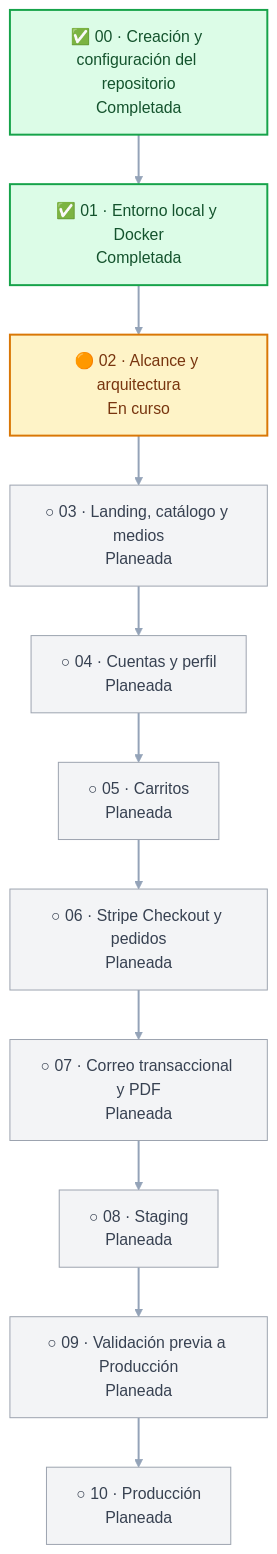
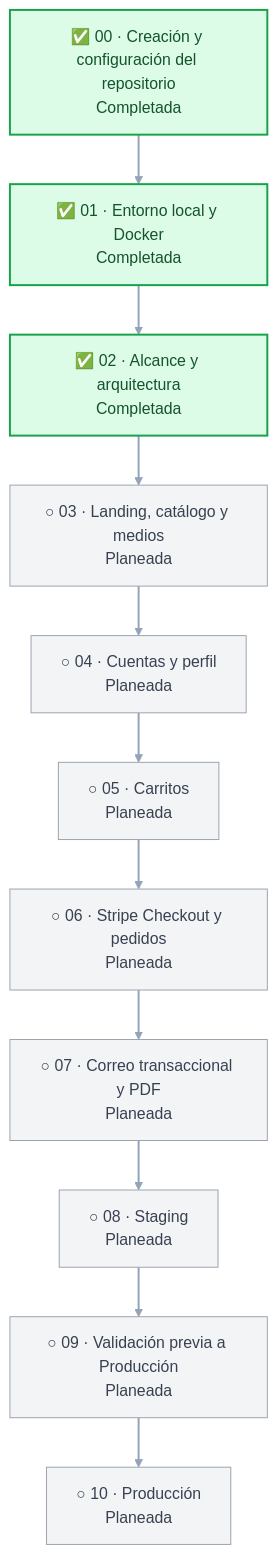
One commit to sadamlg/sr_del_mictlan changed the diagram in docs/ROADMAP.md. Above: the diagram before and after it, drawn with Mermaid. The commit also changed other lines of this file and 3 other files, not shown here.

Commit message:
docs: complete phase 02 architecture baseline

````diff
--- a/docs/ROADMAP.md
+++ b/docs/ROADMAP.md
@@ -23,23 +23,22 @@
 ```mermaid
 flowchart TB
     p00["✅ 00 · Creación y configuración del repositorio<br/>Completada"] --> p01
-    p01["✅ 01 · Entorno local y Docker<br/>Completada"] --> p02["🟠 02 · Alcance y arquitectura<br/>En curso"]
+    p01["✅ 01 · Entorno local y Docker<br/>Completada"] --> p02["✅ 02 · Alcance y arquitectura<br/>Completada"]
     p02 --> p03["○ 03 · Landing, catálogo y medios<br/>Planeada"]
     p03 --> p04["○ 04 · Cuentas y perfil<br/>Planeada"]
     p04 --> p05["○ 05 · Carritos<br/>Planeada"]
     p05 --> p06["○ 06 · Stripe Checkout y pedidos<br/>Planeada"]
     p06 --> p07["○ 07 · Correo transaccional y PDF<br/>Planeada"]
     p07 --> p08["○ 08 · Staging<br/>Planeada"]
     p08 --> p09["○ 09 · Validación previa a Producción<br/>Planeada"]
     p09 --> p10["○ 10 · Producción<br/>Planeada"]
 
     classDef completed fill:#dcfce7,stroke:#16a34a,color:#14532d,stroke-width:2px;
     classDef active fill:#fef3c7,stroke:#d97706,color:#78350f,stroke-width:2px;
     classDef planned fill:#f3f4f6,stroke:#9ca3af,color:#374151;
 
-    class p00,p01 completed;
-    class p02 active;
+    class p00,p01,p02 completed;
     class p03,p04,p05,p06,p07,p08,p09,p10 planned;
 
     linkStyle default stroke:#94a3b8,stroke-width:2px;
 ```
````
